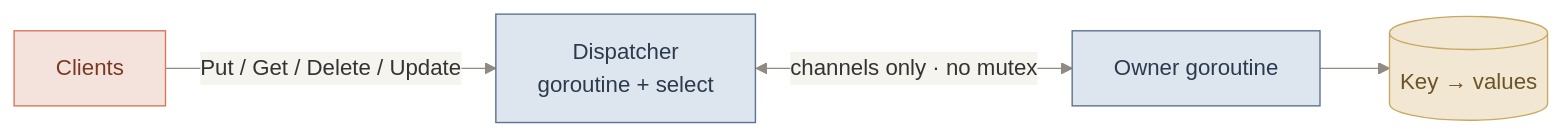
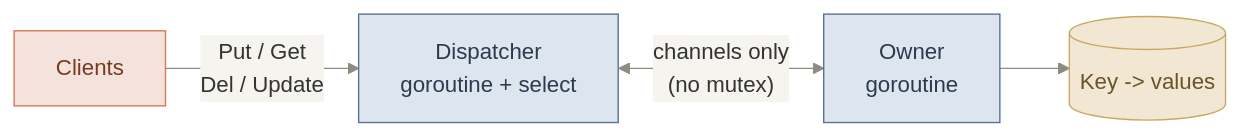
One commit to ErwinZhou/CMU-15640-25Fall changed the first of 6 diagrams in README.md. Above: the diagram before and after it, drawn with Mermaid. The commit also changed other lines of this file, not shown here.

First line of the commit message:
Refine architecture diagrams: fix label clipping and layouts

````diff
--- a/README.md
+++ b/README.md
@@ -14,13 +14,15 @@
 ```mermaid
-%%{init: {"theme":"base","themeVariables":{"clusterBkg":"#f6f4ee","clusterBorder":"#dcd6c8","lineColor":"#8f8b82","edgeLabelBackground":"#f6f4ee","fontFamily":"ui-sans-serif, system-ui, sans-serif"}}}%%
+%%{init: {"theme":"base","themeVariables":{"clusterBkg":"#f6f4ee","clusterBorder":"#dcd6c8","lineColor":"#8f8b82","edgeLabelBackground":"#f6f4ee"}}}%%
 flowchart LR
-    C["Clients"] -->|"Put / Get / Delete / Update"| DISP["Dispatcher<br/>goroutine + select"]
-    DISP <-->|"channels only · no mutex"| OWN["Owner goroutine"]
-    OWN --> KV[("Key → values")]
+    C["Clients"] -->|"Put / Get<br/>Del / Update"| DISP["Dispatcher<br/>goroutine + select"]
+    DISP <-->|"channels only<br/>(no mutex)"| OWN["Owner<br/>goroutine"]
+    OWN --> KV[("Key -> values")]
     class C client
     class DISP,OWN control
     class KV store
     classDef client fill:#f4e3dc,stroke:#d97757,color:#7a3a22;
     classDef control fill:#dde5ee,stroke:#5b7290,color:#2b3a4d;
+    classDef data fill:#e3ede1,stroke:#6f9068,color:#2f4a2c;
     classDef store fill:#f1e7d3,stroke:#c9a961,color:#6b5426;
+    classDef ink fill:#ededec,stroke:#57534e,color:#292524;
 ```
````
